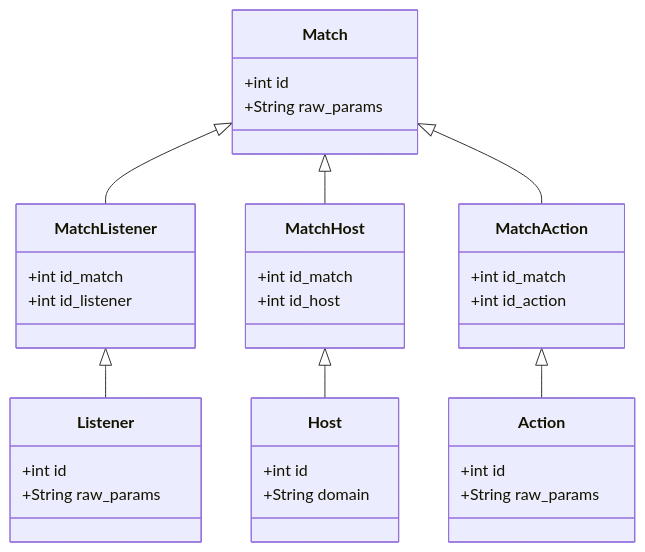
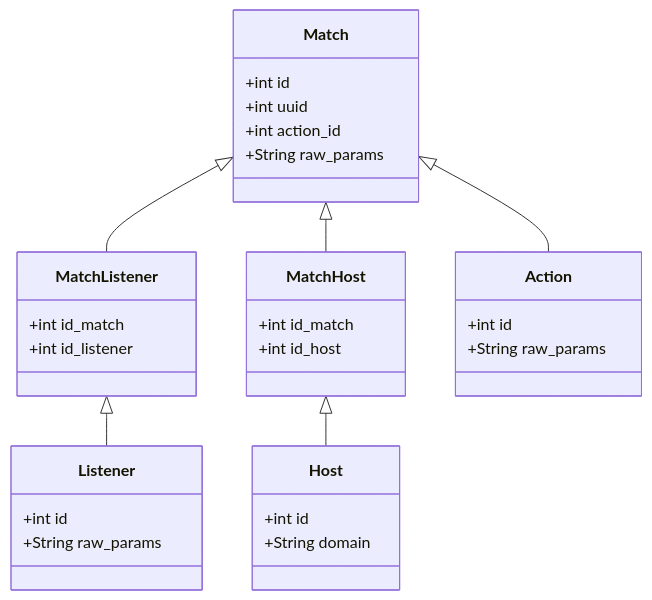
The third of 3 diagrams in INTERNALS.md (pipelight/jucenit), drawn with Mermaid before and after one commit. The commit also changed other lines of this file, not shown here.

Commit message:
docs(database): markdown: adapt db schema

````diff
--- a/INTERNALS.md
+++ b/INTERNALS.md
@@ -82,40 +83,37 @@
 ```mermaid
 classDiagram
     Match <|-- MatchListener
     MatchListener <|-- Listener
 
     Match <|-- MatchHost
     MatchHost <|-- Host
 
-    Match <|-- MatchAction
-    MatchAction <|-- Action
+    Match <|-- Action
 
     class Host {
         +int id
         +String domain
     }
     class Match {
         +int id
+        +int uuid
+        +int action_id
         +String raw_params
     }
      class Listener {
         +int id
         +String raw_params
     }
     class Action {
         +int id
         +String raw_params
     }
     class MatchHost {
         +int id_match
         +int id_host
     }
     class MatchListener {
         +int id_match
         +int id_listener
     }
-    class MatchAction {
-        +int id_match
-        +int id_action
-    }
 ```
````
